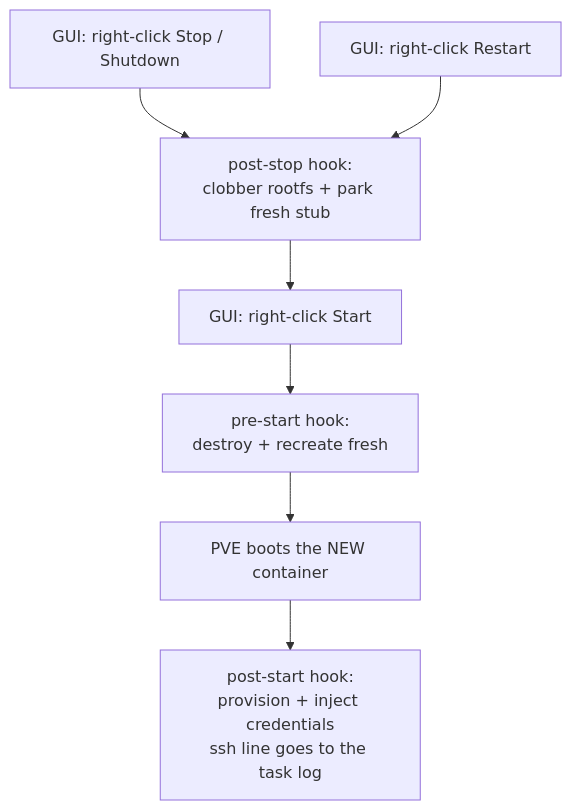
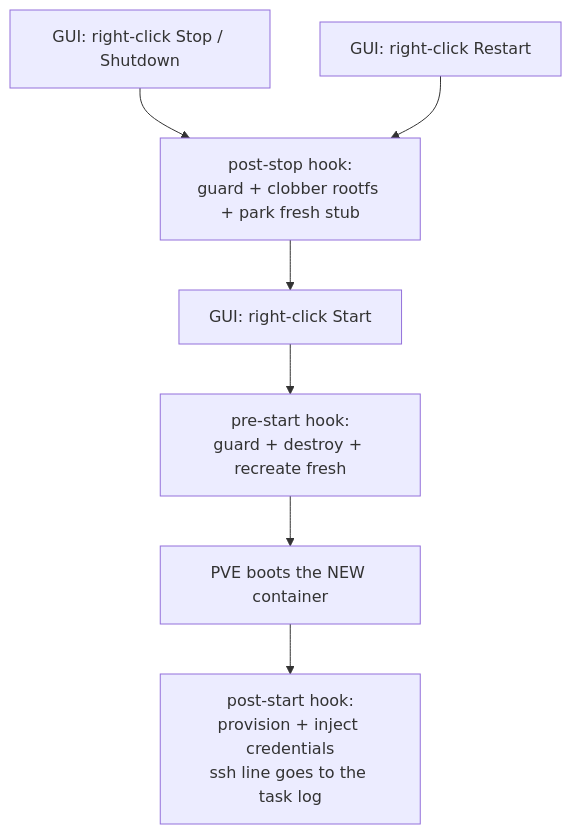
One commit to itsfja/mistral-sandbox changed the diagram in README.md. Above: the diagram before and after it, drawn with Mermaid. The commit also changed other lines of this file and 1 other file, not shown here.

First line of the commit message:
Refuse to destroy or wipe any CT the script cannot prove it owns

````diff
--- a/README.md
+++ b/README.md
@@ -155,9 +160,9 @@
 ```mermaid
 flowchart TD
-    S["GUI: right-click Start"] --> PS1["pre-start hook:<br/>destroy + recreate fresh"]
+    S["GUI: right-click Start"] --> PS1["pre-start hook:<br/>guard + destroy + recreate fresh"]
     PS1 --> PVEB["PVE boots the NEW container"]
     PVEB --> PS2["post-start hook:<br/>provision + inject credentials<br/>ssh line goes to the task log"]
-    T["GUI: right-click Stop / Shutdown"] --> PR2["post-stop hook:<br/>clobber rootfs + park fresh stub"]
+    T["GUI: right-click Stop / Shutdown"] --> PR2["post-stop hook:<br/>guard + clobber rootfs + park fresh stub"]
     R["GUI: right-click Restart"] --> PR2
     PR2 --> S
 ```
````
